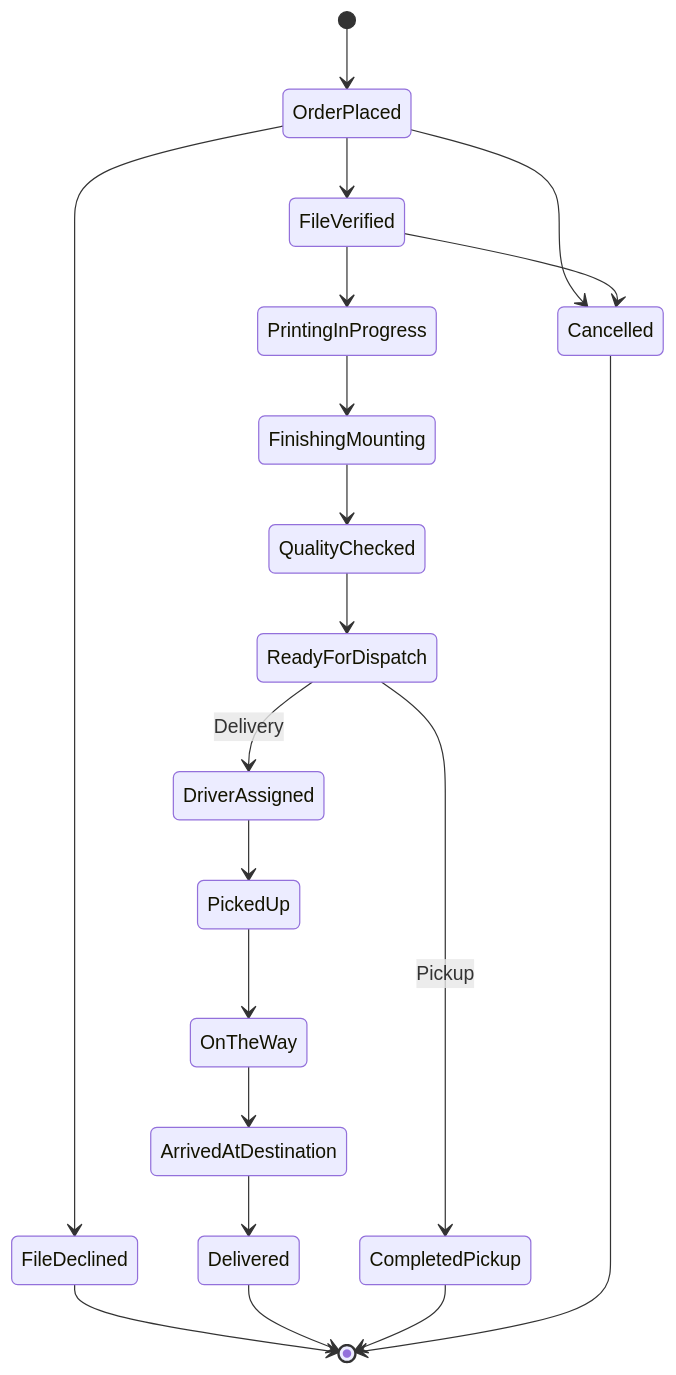
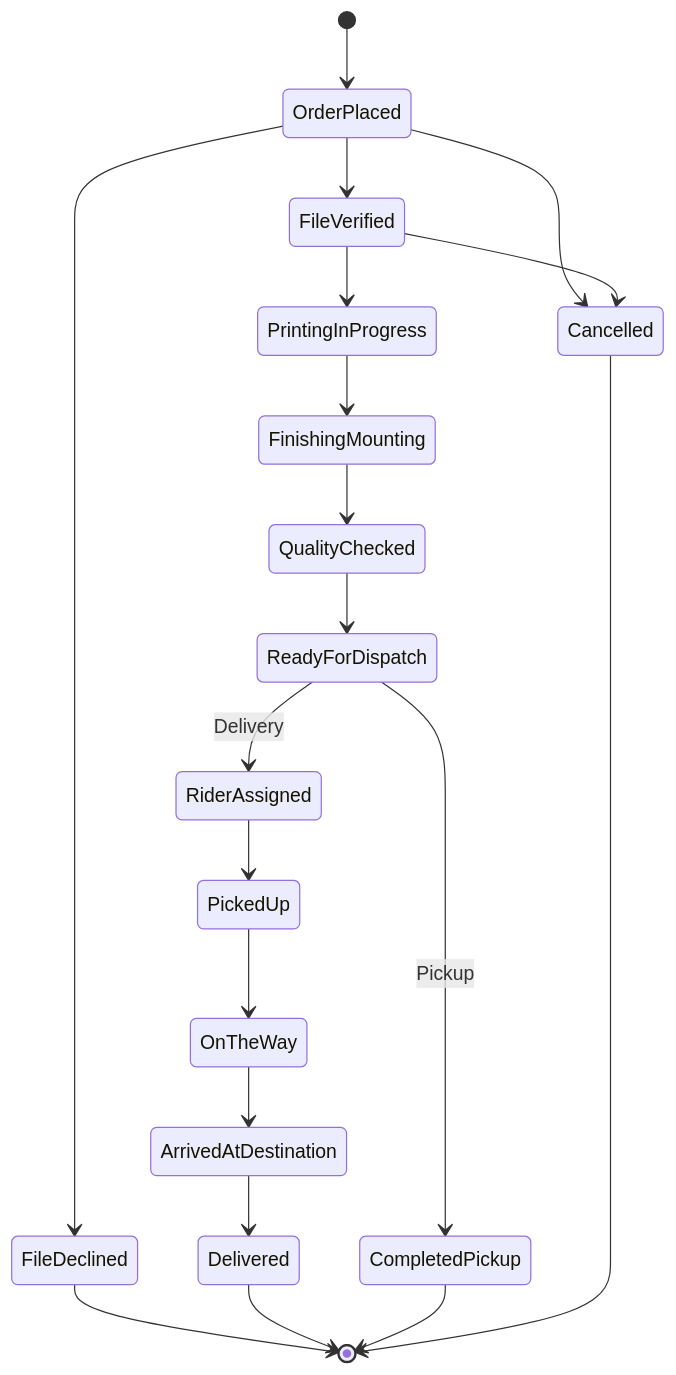
The third of 3 diagrams in README.md (rqms40/printing_app), drawn with Mermaid before and after one commit. The commit also changed other lines of this file and 290 other files, not shown here.

Commit message:
Rename driver role to rider and GRIDGO

````diff
--- a/README.md
+++ b/README.md
@@ -95,27 +95,27 @@
 ```mermaid
 stateDiagram-v2
     [*] --> OrderPlaced
     OrderPlaced --> FileVerified
     OrderPlaced --> FileDeclined
     OrderPlaced --> Cancelled
 
     FileVerified --> PrintingInProgress
     FileVerified --> Cancelled
     FileDeclined --> [*]
 
     PrintingInProgress --> FinishingMounting
     FinishingMounting --> QualityChecked
     QualityChecked --> ReadyForDispatch
 
-    ReadyForDispatch --> DriverAssigned : Delivery
+    ReadyForDispatch --> RiderAssigned : Delivery
     ReadyForDispatch --> CompletedPickup : Pickup
 
-    DriverAssigned --> PickedUp
+    RiderAssigned --> PickedUp
     PickedUp --> OnTheWay
     OnTheWay --> ArrivedAtDestination
     ArrivedAtDestination --> Delivered
 
     Delivered --> [*]
     CompletedPickup --> [*]
     Cancelled --> [*]
 ```
````
